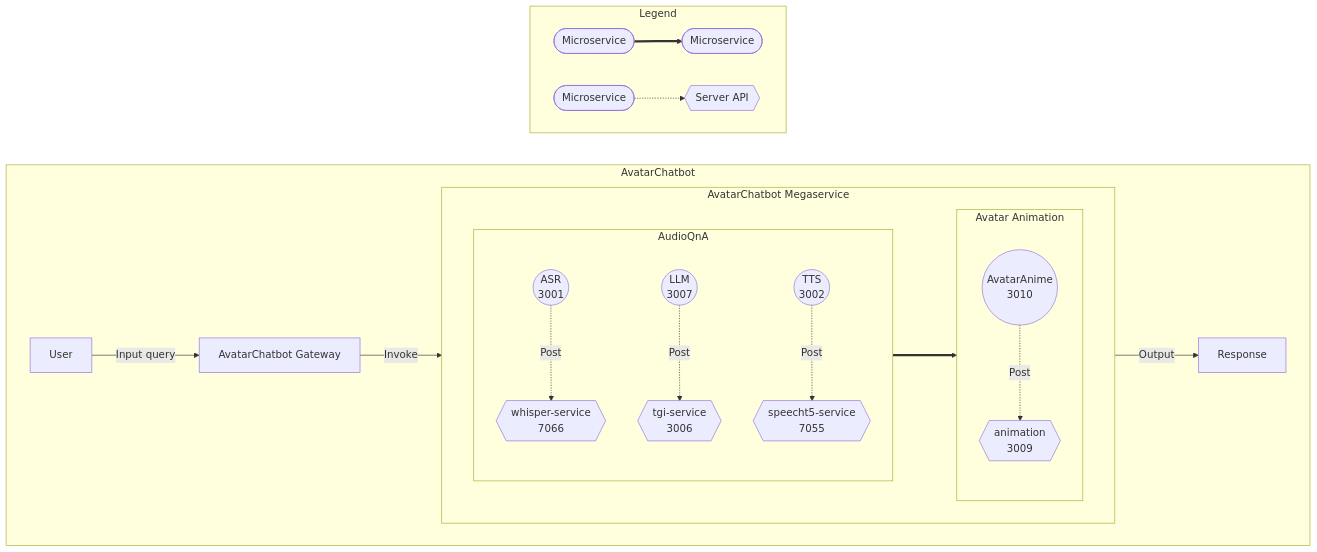
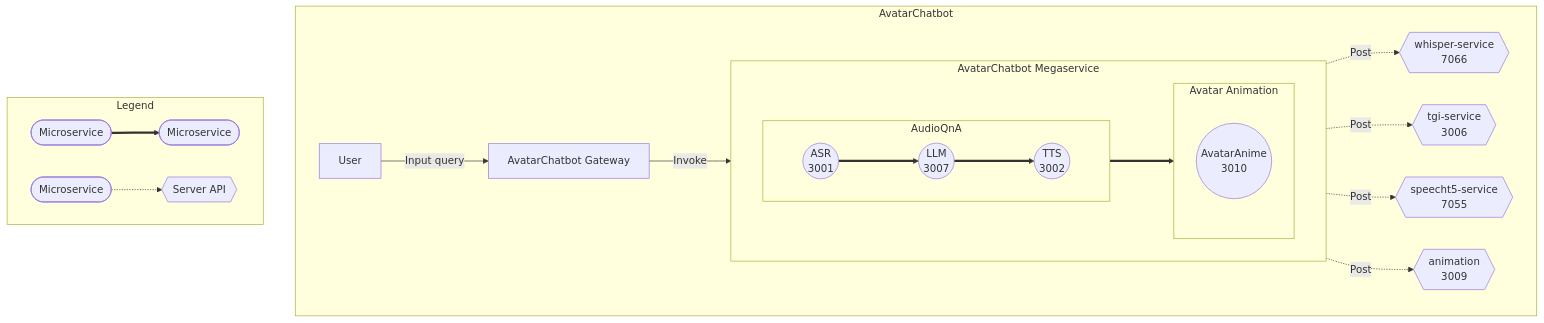
One commit to opea-project/docs changed the first of 2 diagrams in community/rfcs/24-08-02-OPEA-AIAvatarChatbot.md. Above: the diagram before and after it, drawn with Mermaid. The commit also changed other lines of this file, not shown here.

Commit message:
update flowcharts

````diff
--- a/community/rfcs/24-08-02-OPEA-AIAvatarChatbot.md
+++ b/community/rfcs/24-08-02-OPEA-AIAvatarChatbot.md
@@ -64,29 +65,33 @@
 ```mermaid
-flowchart LR
+flowchart TB
     subgraph AvatarChatbot
         direction LR
         A[User] --> |Input query| B[AvatarChatbot Gateway]
         B --> |Invoke| Megaservice
         subgraph Megaservice["AvatarChatbot Megaservice"]
             direction LR
             subgraph AudioQnA["AudioQnA"]
-                direction TB
-                C((ASR<br>3001)) -. Post .-> D{{whisper-service<br>7066}}
-                E((LLM<br>3007)) -. Post .-> F{{tgi-service<br>3006}}
-                G((TTS<br>3002)) -. Post .-> H{{speecht5-service<br>7055}}
+                direction LR
+                C((ASR<br>3001))
+                E((LLM<br>3007))
+                G((TTS<br>3002))
+                C ==> E ==> G
             end
             subgraph AvatarAnimation["Avatar Animation"]
                 direction TB
-                I((AvatarAnime<br>3010)) -. Post .-> J{{animation<br>3009}}
+                I((AvatarAnime<br>3010))
             end
-            AudioQnA ==> AvatarAnimation
+            G ==> I
         end
-        Megaservice --> |Output| K[Response]
+        C -. Post .-> D{{whisper-service<br>7066}}
+        E -. Post .-> F{{tgi-service<br>3006}}
+        G -. Post .-> H{{speecht5-service<br>7055}}
+        I -. Post .-> J{{animation<br>3009}}
     end
 
     subgraph Legend
         direction LR
         L([Microservice]) ==> M([Microservice])
         N([Microservice]) -.-> O{{Server API}}
     end
 ```
````
